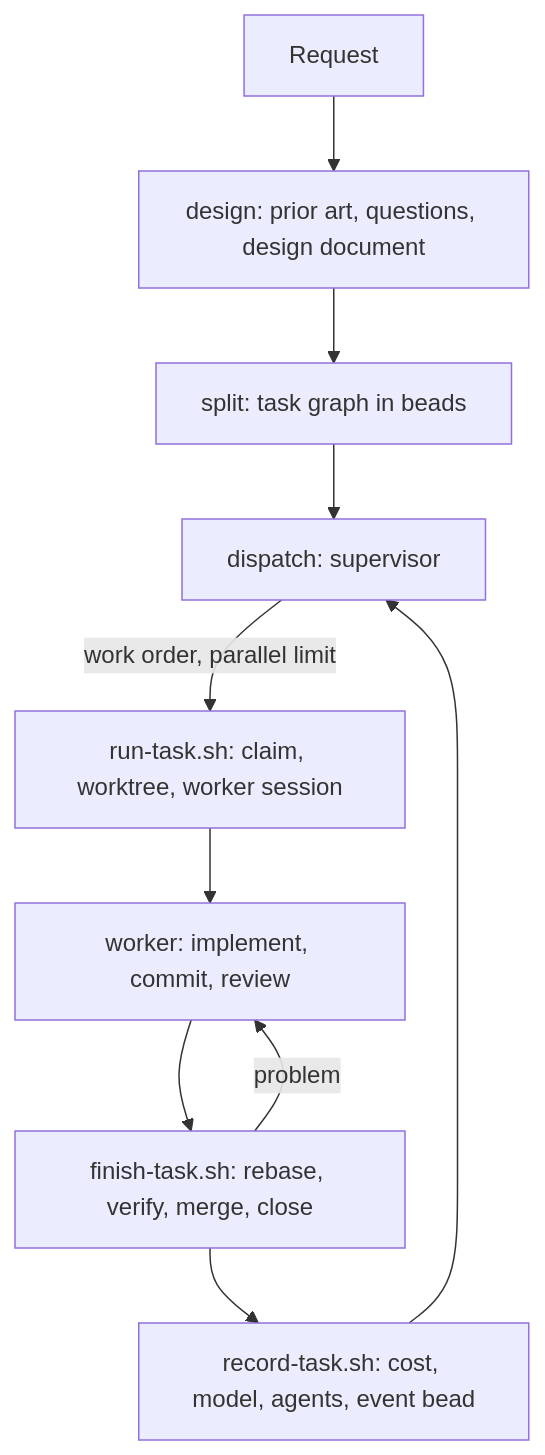
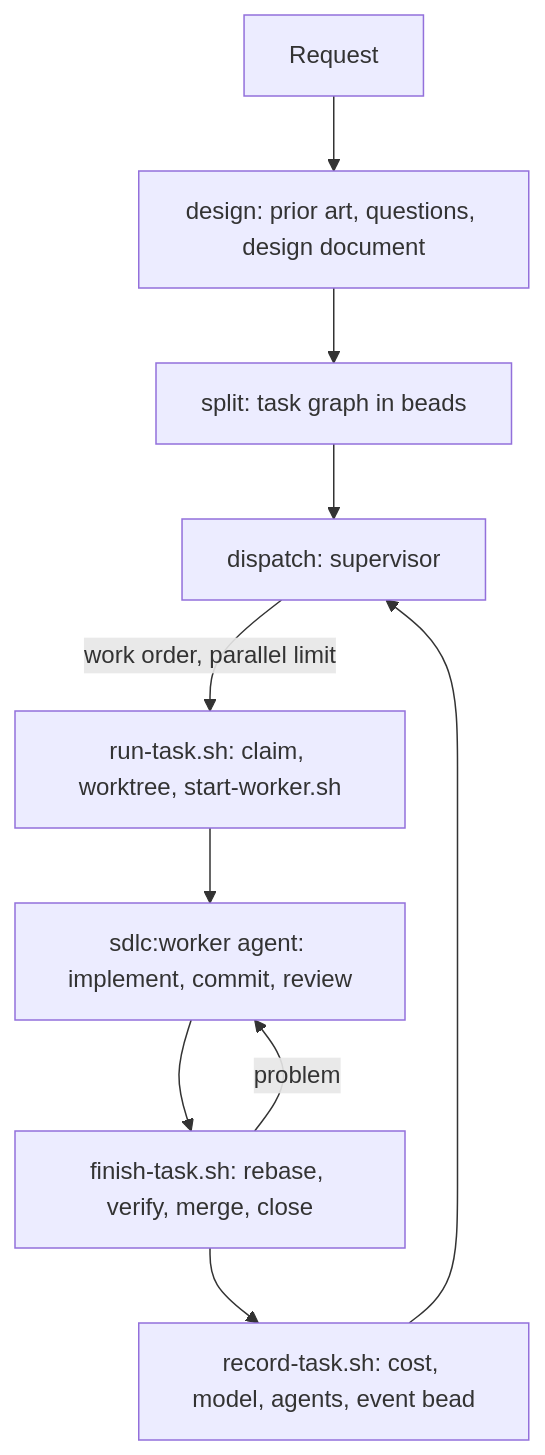
One commit to Igosuki/agentic-sdlc changed the diagram in docs/workflow.md. Above: the diagram before and after it, drawn with Mermaid. The commit also changed other lines of this file and 11 other files, not shown here.

````diff
--- a/docs/workflow.md
+++ b/docs/workflow.md
@@ -5,12 +5,12 @@
 ```mermaid
 flowchart TD
   A[Request] --> B[design: prior art, questions, design document]
   B --> C[split: task graph in beads]
   C --> D[dispatch: supervisor]
-  D -->|work order, parallel limit| E[run-task.sh: claim, worktree, worker session]
-  E --> F[worker: implement, commit, review]
+  D -->|work order, parallel limit| E[run-task.sh: claim, worktree, start-worker.sh]
+  E --> F[sdlc:worker agent: implement, commit, review]
   F --> G[finish-task.sh: rebase, verify, merge, close]
   G -->|problem| F
   G --> H[record-task.sh: cost, model, agents, event bead]
   H --> D
 ```
````
